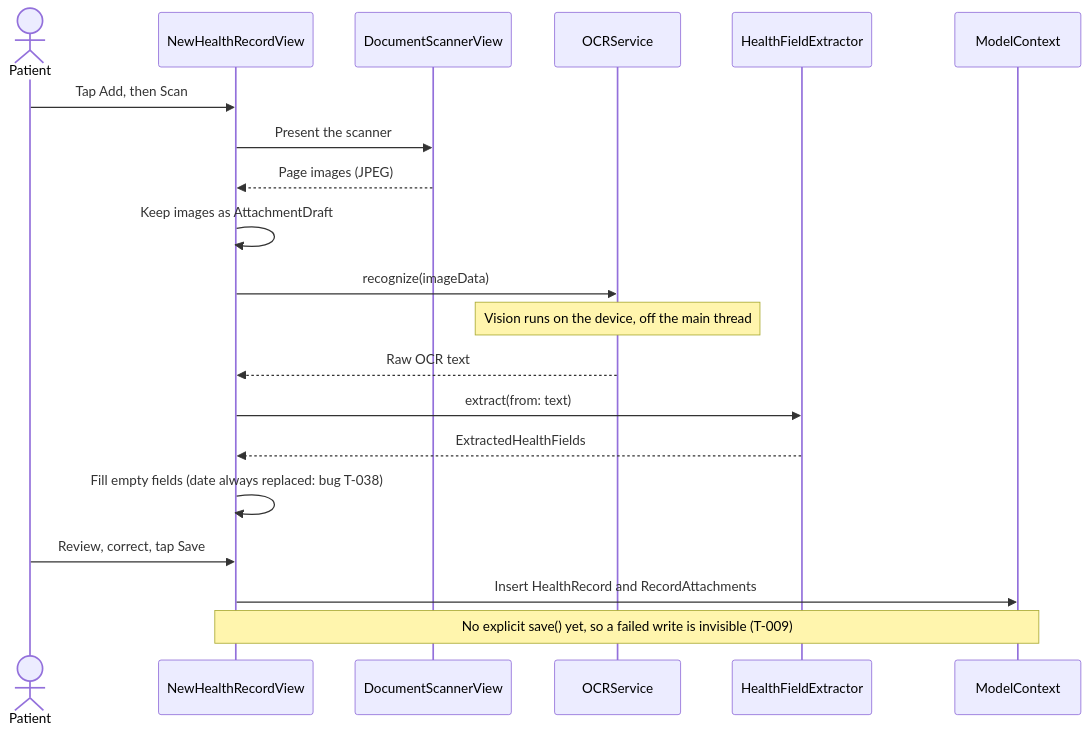
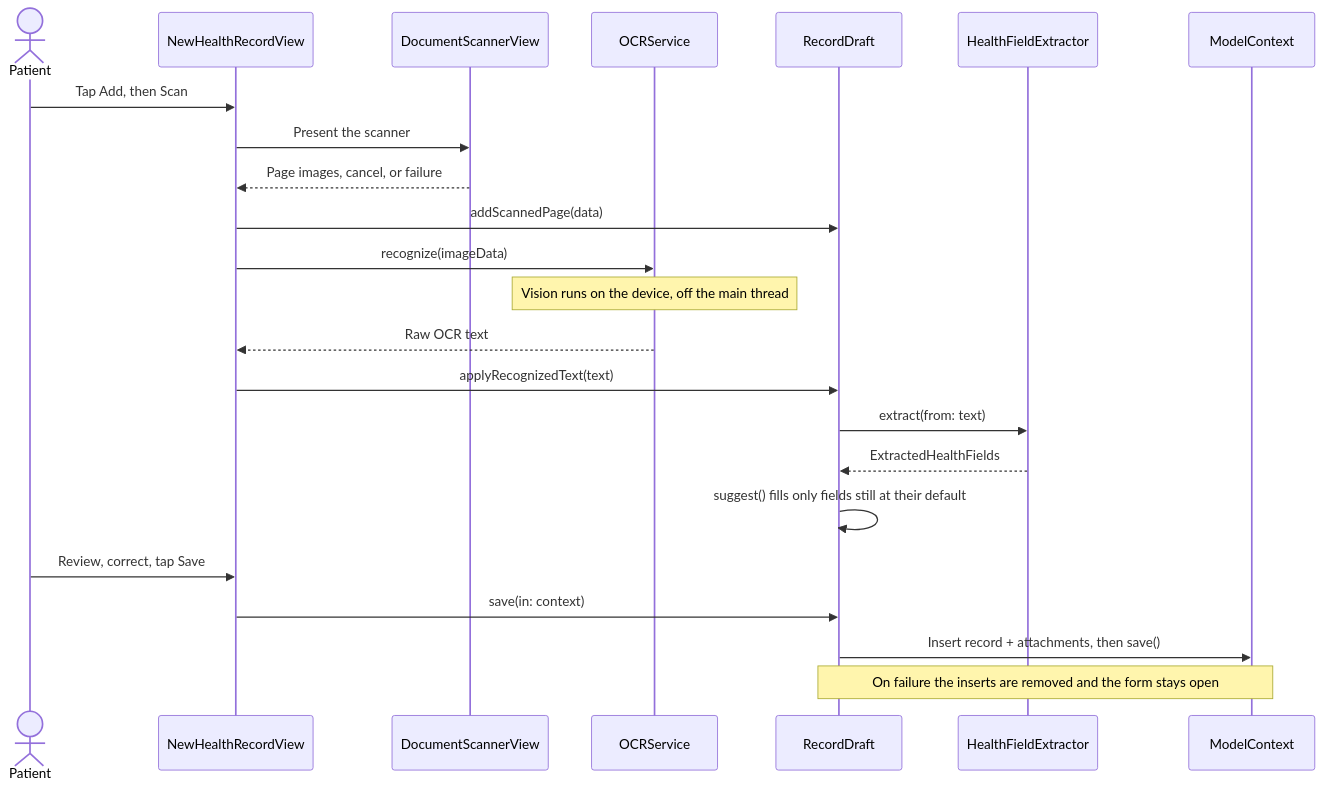
One commit to m4schen/Genki changed the third of 4 diagrams in docs/ARCHITECTURE.md. Above: the diagram before and after it, drawn with Mermaid. The commit also changed other lines of this file and 6 other files, not shown here.

````diff
--- a/docs/ARCHITECTURE.md
+++ b/docs/ARCHITECTURE.md
@@ -124,22 +125,25 @@
 ```mermaid
 sequenceDiagram
   actor P as Patient
   participant F as NewHealthRecordView
   participant S as DocumentScannerView
   participant O as OCRService
+  participant D as RecordDraft
   participant X as HealthFieldExtractor
   participant DB as ModelContext
   P->>F: Tap Add, then Scan
   F->>S: Present the scanner
-  S-->>F: Page images (JPEG)
-  F->>F: Keep images as AttachmentDraft
+  S-->>F: Page images, cancel, or failure
+  F->>D: addScannedPage(data)
   F->>O: recognize(imageData)
   Note over O: Vision runs on the device, off the main thread
   O-->>F: Raw OCR text
-  F->>X: extract(from: text)
-  X-->>F: ExtractedHealthFields
-  F->>F: Fill empty fields (date always replaced: bug T-038)
+  F->>D: applyRecognizedText(text)
+  D->>X: extract(from: text)
+  X-->>D: ExtractedHealthFields
+  D->>D: suggest() fills only fields still at their default
   P->>F: Review, correct, tap Save
-  F->>DB: Insert HealthRecord and RecordAttachments
-  Note over F,DB: No explicit save() yet, so a failed write is invisible (T-009)
+  F->>D: save(in: context)
+  D->>DB: Insert record + attachments, then save()
+  Note over D,DB: On failure the inserts are removed and the form stays open
 ```
````
